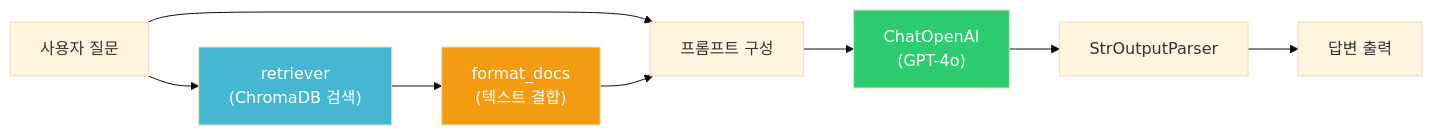
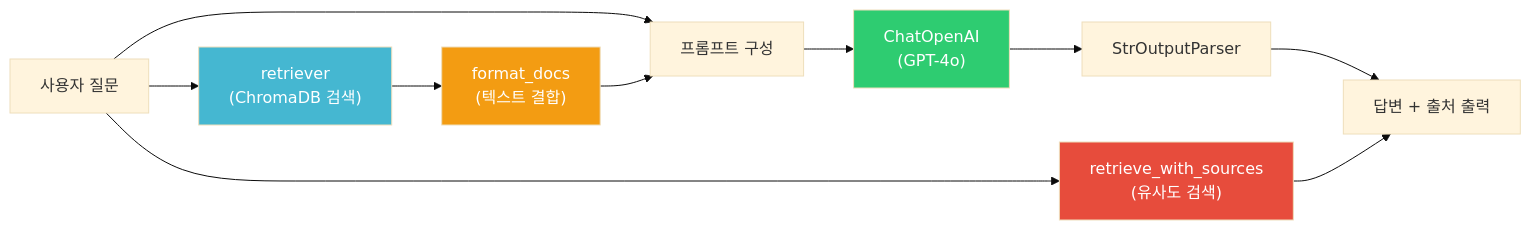
The ninth of 9 diagrams in docs/start/rag-기반-블로그-qa-챗봇-만들기-1-llm-적응-기법과-rag-개념/index.md (kenshin579/blog-v2.advenoh.pe.kr), drawn with Mermaid (base theme) before and after one commit. The commit also changed other lines of this file, not shown here.

````diff
--- a/docs/start/rag-기반-블로그-qa-챗봇-만들기-1-llm-적응-기법과-rag-개념/index.md
+++ b/docs/start/rag-기반-블로그-qa-챗봇-만들기-1-llm-적응-기법과-rag-개념/index.md
@@ -840,14 +915,17 @@
 ```mermaid
 flowchart LR
-    Q["사용자 질문"] --> RET["retriever<br/>(ChromaDB 검색)"]
+    Q["사용자 질문"] --> SRC["retrieve_with_sources<br/>(유사도 검색)"]
+    Q --> RET["retriever<br/>(ChromaDB 검색)"]
     RET --> FMT["format_docs<br/>(텍스트 결합)"]
     Q --> MERGE["프롬프트 구성"]
     FMT --> MERGE
     MERGE --> LLM["ChatOpenAI<br/>(GPT-4o)"]
     LLM --> PARSE["StrOutputParser"]
-    PARSE --> ANS["답변 출력"]
+    PARSE --> ANS["답변 + 출처 출력"]
+    SRC --> ANS
 
+    style SRC fill:#e74c3c,color:#fff
     style RET fill:#45b7d1,color:#fff
     style FMT fill:#f39c12,color:#fff
     style LLM fill:#2ecc71,color:#fff
 ```
````
